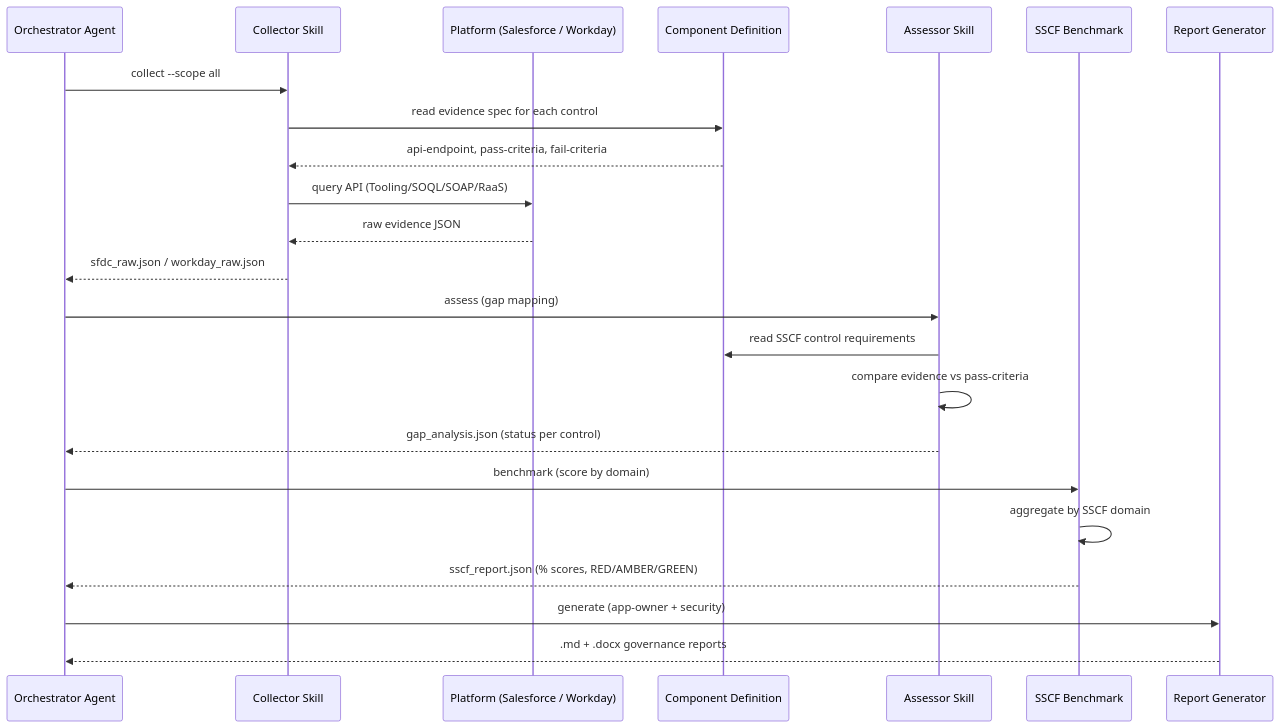
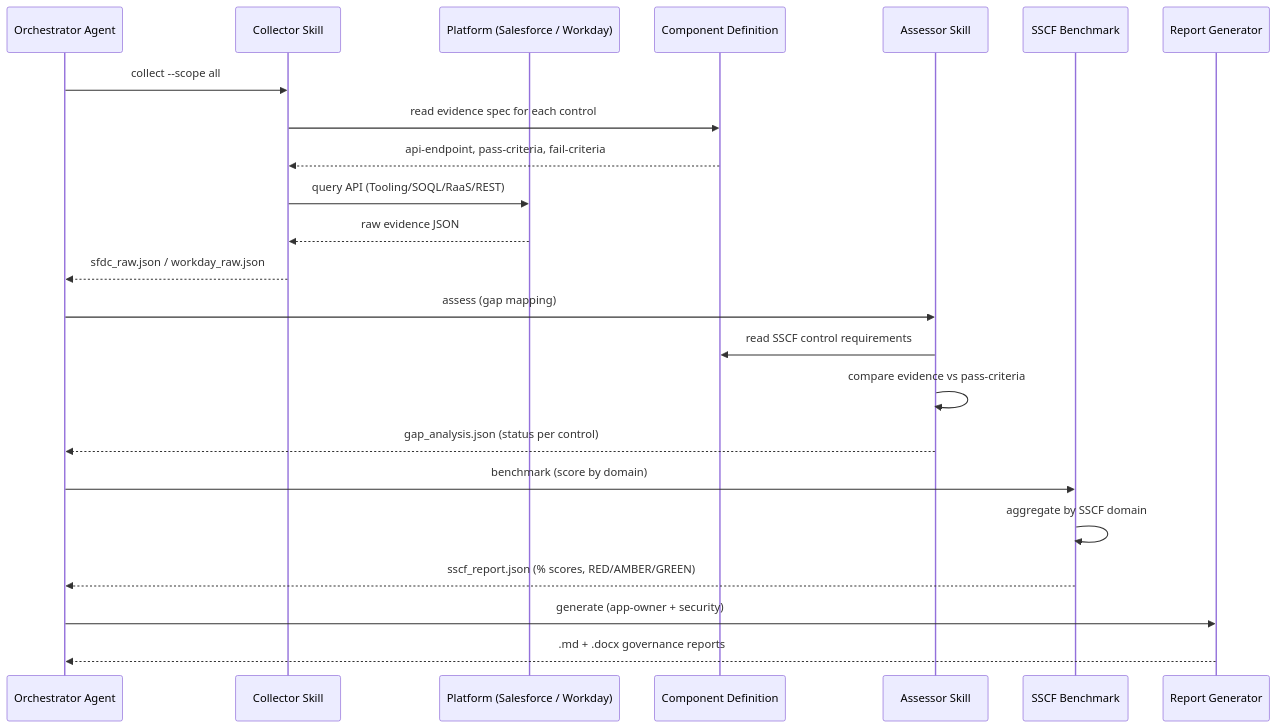
Before and after one commit to dfirs1car1o/saas-assurance: the sixth of 9 diagrams in docs/wiki/OSCAL-Guide.md, drawn with Mermaid. The commit also changed other lines of this file and 5 other files, not shown here.

````diff
--- a/docs/wiki/OSCAL-Guide.md
+++ b/docs/wiki/OSCAL-Guide.md
@@ -229,29 +229,29 @@
 ```mermaid
 sequenceDiagram
     participant ORC as Orchestrator Agent
     participant COL as Collector Skill
     participant PLT as Platform (Salesforce / Workday)
     participant COMP as Component Definition
     participant ASS as Assessor Skill
     participant BENCH as SSCF Benchmark
     participant RPT as Report Generator
 
     ORC->>COL: collect --scope all
     COL->>COMP: read evidence spec for each control
     COMP-->>COL: api-endpoint, pass-criteria, fail-criteria
-    COL->>PLT: query API (Tooling/SOQL/SOAP/RaaS)
+    COL->>PLT: query API (Tooling/SOQL/RaaS/REST)
     PLT-->>COL: raw evidence JSON
     COL-->>ORC: sfdc_raw.json / workday_raw.json
 
     ORC->>ASS: assess (gap mapping)
     ASS->>COMP: read SSCF control requirements
     ASS->>ASS: compare evidence vs pass-criteria
     ASS-->>ORC: gap_analysis.json (status per control)
 
     ORC->>BENCH: benchmark (score by domain)
     BENCH->>BENCH: aggregate by SSCF domain
     BENCH-->>ORC: sscf_report.json (% scores, RED/AMBER/GREEN)
 
     ORC->>RPT: generate (app-owner + security)
     RPT-->>ORC: .md + .docx governance reports
 ```
````
